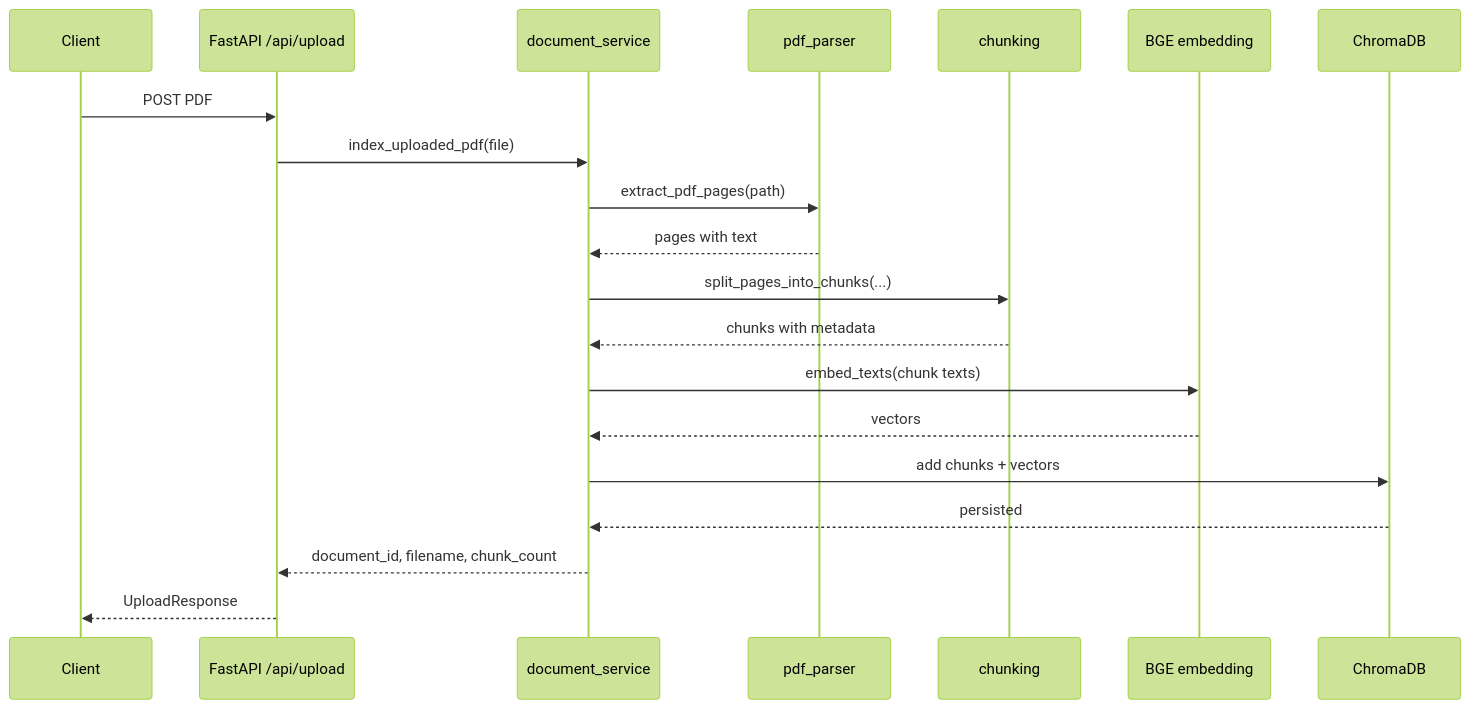
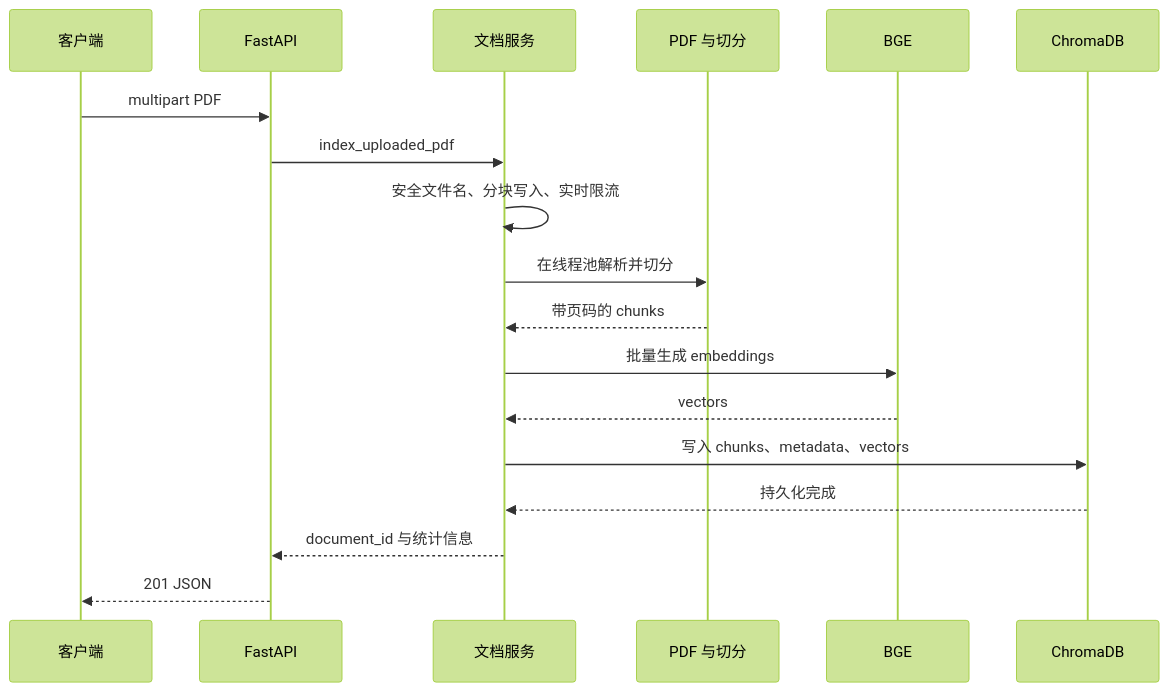
One commit to raynegao/StudyMate-RAG changed the second of 3 diagrams in docs/architecture.md. Above: the diagram before and after it, drawn with Mermaid (forest theme). The commit also changed other lines of this file and 11 other files, not shown here.

````diff
--- a/docs/architecture.md
+++ b/docs/architecture.md
@@ -39,23 +36,21 @@
 ```mermaid
 sequenceDiagram
-    participant Client
-    participant API as FastAPI /api/upload
-    participant Doc as document_service
-    participant Parser as pdf_parser
-    participant Chunk as chunking
-    participant Embed as BGE embedding
-    participant Chroma as ChromaDB
+    participant C as 客户端
+    participant A as FastAPI
+    participant D as 文档服务
+    participant P as PDF 与切分
+    participant E as BGE
+    participant V as ChromaDB
 
-    Client->>API: POST PDF
-    API->>Doc: index_uploaded_pdf(file)
-    Doc->>Parser: extract_pdf_pages(path)
-    Parser-->>Doc: pages with text
-    Doc->>Chunk: split_pages_into_chunks(...)
-    Chunk-->>Doc: chunks with metadata
-    Doc->>Embed: embed_texts(chunk texts)
-    Embed-->>Doc: vectors
-    Doc->>Chroma: add chunks + vectors
-    Chroma-->>Doc: persisted
-    Doc-->>API: document_id, filename, chunk_count
-    API-->>Client: UploadResponse
+    C->>A: multipart PDF
+    A->>D: index_uploaded_pdf
+    D->>D: 安全文件名、分块写入、实时限流
+    D->>P: 在线程池解析并切分
+    P-->>D: 带页码的 chunks
+    D->>E: 批量生成 embeddings
+    E-->>D: vectors
+    D->>V: 写入 chunks、metadata、vectors
+    V-->>D: 持久化完成
+    D-->>A: document_id 与统计信息
+    A-->>C: 201 JSON
 ```
````
